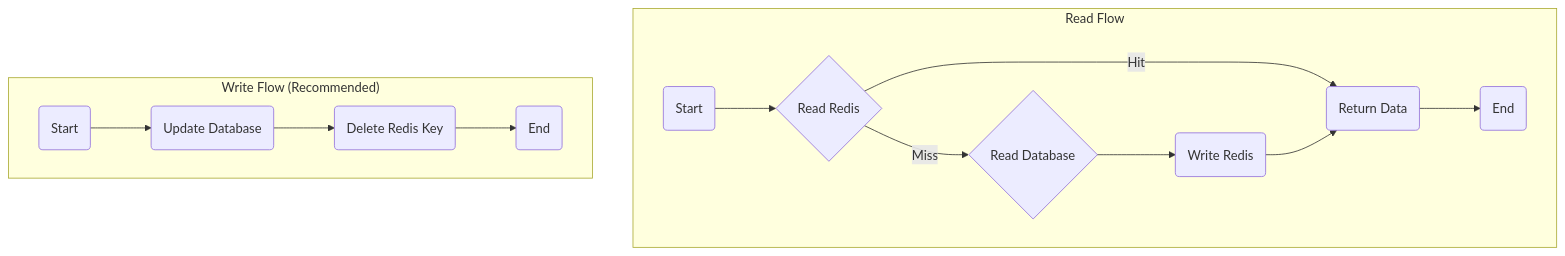
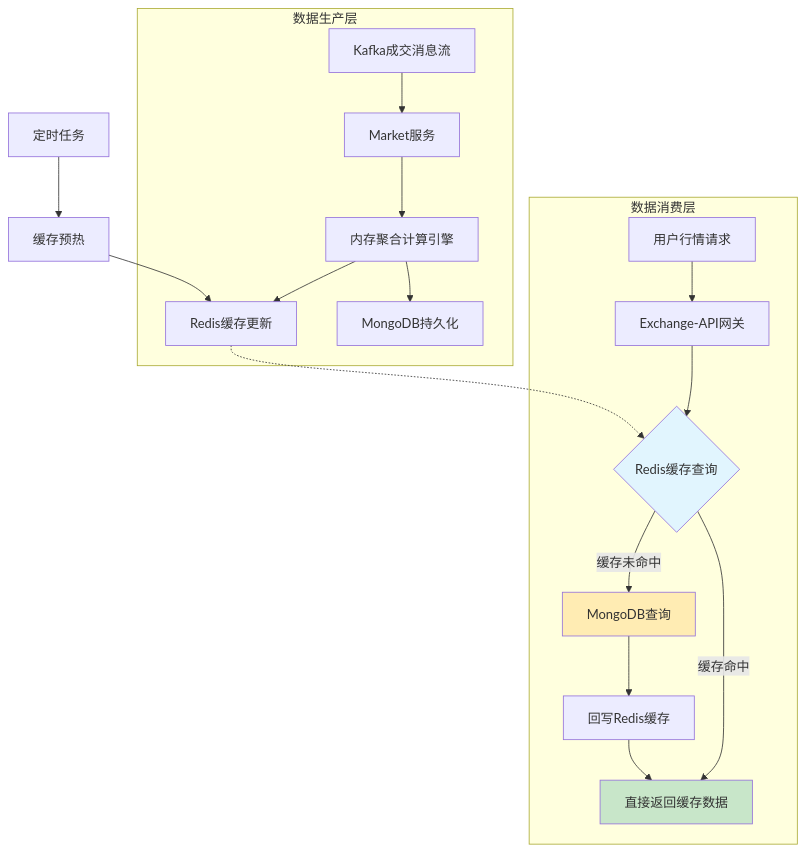
Before and after one commit to kick-pixel/btc_eth_bizzan_contract_Exchange_ztuo_jiaoyisuo: the second of 5 diagrams in doc/07.Redis 应用：高性能缓存与会话管理.md, drawn with Mermaid. The commit also changed other lines of this file and 15 other files, not shown here.

````diff
--- a/doc/07.Redis 应用：高性能缓存与会话管理.md
+++ b/doc/07.Redis 应用：高性能缓存与会话管理.md
@@ -77,16 +106,26 @@
 ```mermaid
 graph TD
-    subgraph "Read Flow"
-        A(Start) --> B{Read Redis};
-        B -- Hit --> C(Return Data);
-        B -- Miss --> D{Read Database};
-        D --> E(Write Redis);
-        E --> C;
-        C --> F(End);
+    subgraph "数据生产层"
+        A[Kafka成交消息流] --> B[Market服务]
+        B --> C[内存聚合计算引擎]
+        C --> D[Redis缓存更新]
+        C --> E[MongoDB持久化]
     end
-    subgraph "Write Flow (Recommended)"
-        G(Start) --> H(Update Database);
-        H --> I(Delete Redis Key);
-        I --> J(End);
+
+    subgraph "数据消费层"
+        F[用户行情请求] --> G[Exchange-API网关]
+        G --> H{Redis缓存查询}
+        H -- 缓存命中 --> I[直接返回缓存数据]
+        H -- 缓存未命中 --> J[MongoDB查询]
+        J --> K[回写Redis缓存]
+        K --> I
     end
+
+    D -.-> H
+    L[定时任务] --> M[缓存预热]
+    M --> D
+
+    style H fill:#e1f5fe
+    style I fill:#c8e6c9
+    style J fill:#ffecb3
 ```
````
